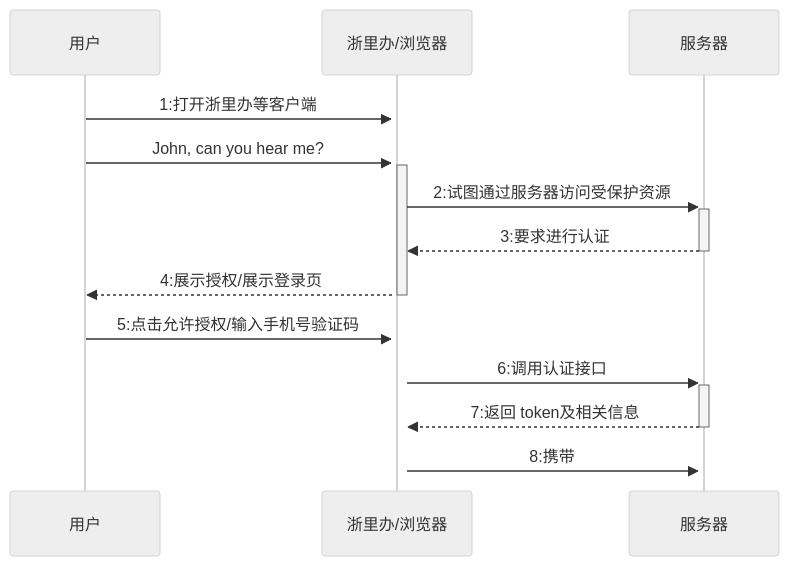
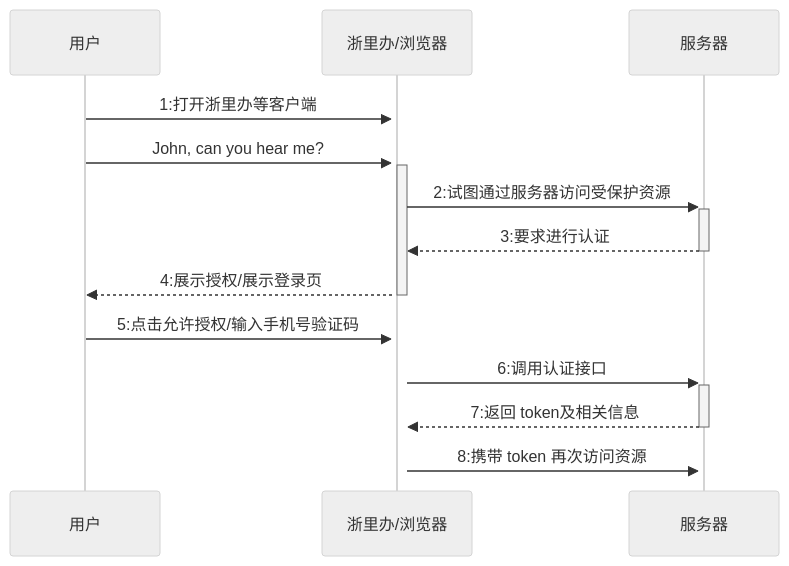
The diagram in all/居民端时序图.md (fifuntop/iodraw-files), drawn with Mermaid (neutral theme) before and after one commit.

Commit message:
2024-03-14 15:33:49 update

````diff
--- a/all/居民端时序图.md
+++ b/all/居民端时序图.md
@@ -1,13 +1,13 @@
 ```mermaid
 sequenceDiagram
     用户->>+浙里办/浏览器: 1:打开浙里办等客户端
     用户->>+浙里办/浏览器: John, can you hear me?
     浙里办/浏览器->>+服务器: 2:试图通过服务器访问受保护资源
     服务器-->>-浙里办/浏览器: 3:要求进行认证
     浙里办/浏览器-->>-用户: 4:展示授权/展示登录页
     用户->>+浙里办/浏览器: 5:点击允许授权/输入手机号验证码
     浙里办/浏览器->>+服务器: 6:调用认证接口
     服务器-->>-浙里办/浏览器: 7:返回 token及相关信息
-    浙里办/浏览器->>+服务器: 8:携带
+    浙里办/浏览器->>+服务器: 8:携带 token 再次访问资源
             
 ```
````
